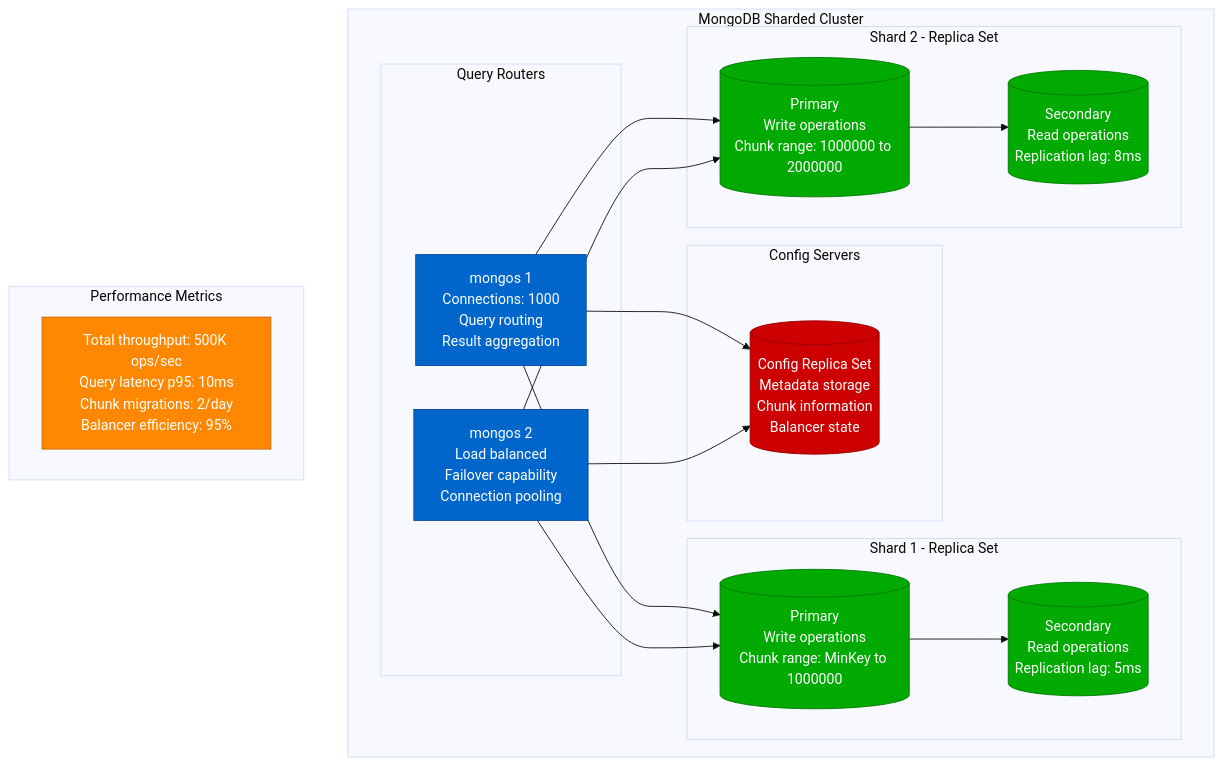
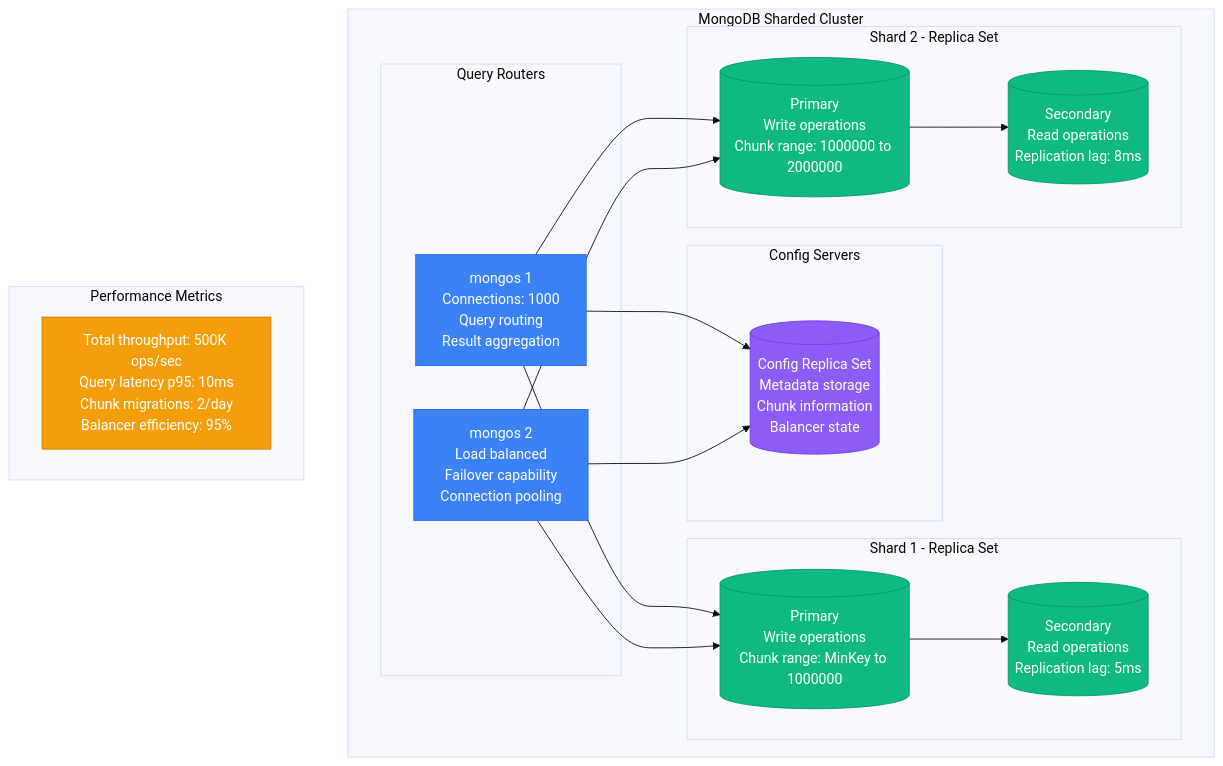
The first of 14 diagrams in site/docs/performance/mongodb-performance-profile.md (deepaucksharma/DS), drawn with Mermaid (base theme) before and after one commit. The commit also changed other lines of this file and 303 other files, not shown here.

````diff
--- a/site/docs/performance/mongodb-performance-profile.md
+++ b/site/docs/performance/mongodb-performance-profile.md
@@ -11,46 +11,46 @@
 ```mermaid
 graph TB
     subgraph "MongoDB Sharded Cluster"
         subgraph "Query Routers"
             QR1[mongos 1<br/>Connections: 1000<br/>Query routing<br/>Result aggregation]
             QR2[mongos 2<br/>Load balanced<br/>Failover capability<br/>Connection pooling]
         end
 
         subgraph "Config Servers"
             CS1[(Config Replica Set<br/>Metadata storage<br/>Chunk information<br/>Balancer state)]
         end
 
         subgraph "Shard 1 - Replica Set"
             S1P[(Primary<br/>Write operations<br/>Chunk range: MinKey to 1000000)]
             S1S[(Secondary<br/>Read operations<br/>Replication lag: 5ms)]
         end
 
         subgraph "Shard 2 - Replica Set"
             S2P[(Primary<br/>Write operations<br/>Chunk range: 1000000 to 2000000)]
             S2S[(Secondary<br/>Read operations<br/>Replication lag: 8ms)]
         end
 
         QR1 --> CS1
         QR2 --> CS1
         QR1 --> S1P
         QR1 --> S2P
         QR2 --> S1P
         QR2 --> S2P
         S1P --> S1S
         S2P --> S2S
     end
 
     subgraph "Performance Metrics"
         P1[Total throughput: 500K ops/sec<br/>Query latency p95: 10ms<br/>Chunk migrations: 2/day<br/>Balancer efficiency: 95%]
     end
 
-    classDef routerStyle fill:#0066CC,stroke:#004499,color:#fff
-    classDef configStyle fill:#CC0000,stroke:#990000,color:#fff
-    classDef shardStyle fill:#00AA00,stroke:#007700,color:#fff
-    classDef metricStyle fill:#FF8800,stroke:#CC6600,color:#fff
+    classDef routerStyle fill:#3B82F6,stroke:#2563EB,color:#fff
+    classDef configStyle fill:#8B5CF6,stroke:#7C3AED,color:#fff
+    classDef shardStyle fill:#10B981,stroke:#059669,color:#fff
+    classDef metricStyle fill:#F59E0B,stroke:#D97706,color:#fff
 
     class QR1,QR2 routerStyle
     class CS1 configStyle
     class S1P,S1S,S2P,S2S shardStyle
     class P1 metricStyle
 ```
````
